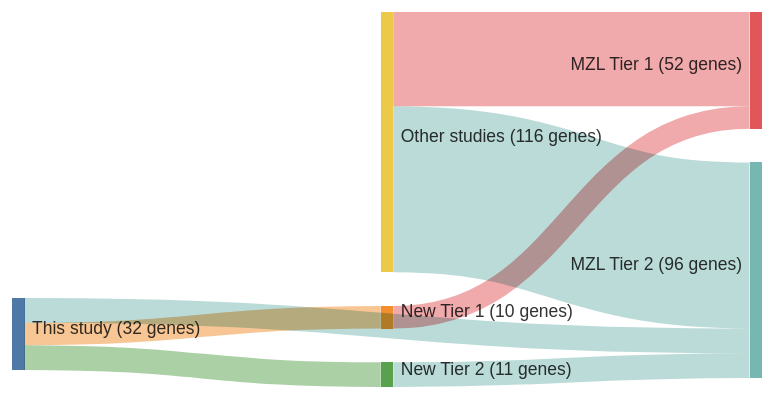
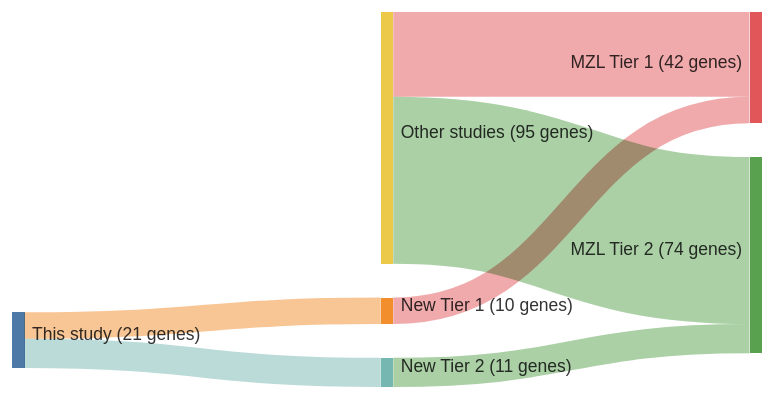
One commit to morinlab/lymphopedia changed the diagram in papers/rossiCodingGenomeSplenic2012c.md. Above: the diagram before and after it, drawn with Mermaid. The commit also changed other lines of this file and 81 other files, not shown here.

````diff
--- a/papers/rossiCodingGenomeSplenic2012c.md
+++ b/papers/rossiCodingGenomeSplenic2012c.md
@@ -13,21 +13,20 @@
 ```mermaid
 ---
 config:
     sankey:
         showValues: true
         linkColor: target
         width: 600
         height: 300
         nodeAlignment: right
         prefix: '('
         suffix: ' genes)'
 ---
 sankey-beta
 This study, New Tier 1, 10
 New Tier 1, MZL Tier 1, 10
-This study, MZL Tier 2, 11
 This study, New Tier 2, 11
 New Tier 2, MZL Tier 2, 11
-Other studies, MZL Tier 1, 42
-Other studies, MZL Tier 2, 74
+Other studies, MZL Tier 1, 32
+Other studies, MZL Tier 2, 63
 ```
````
